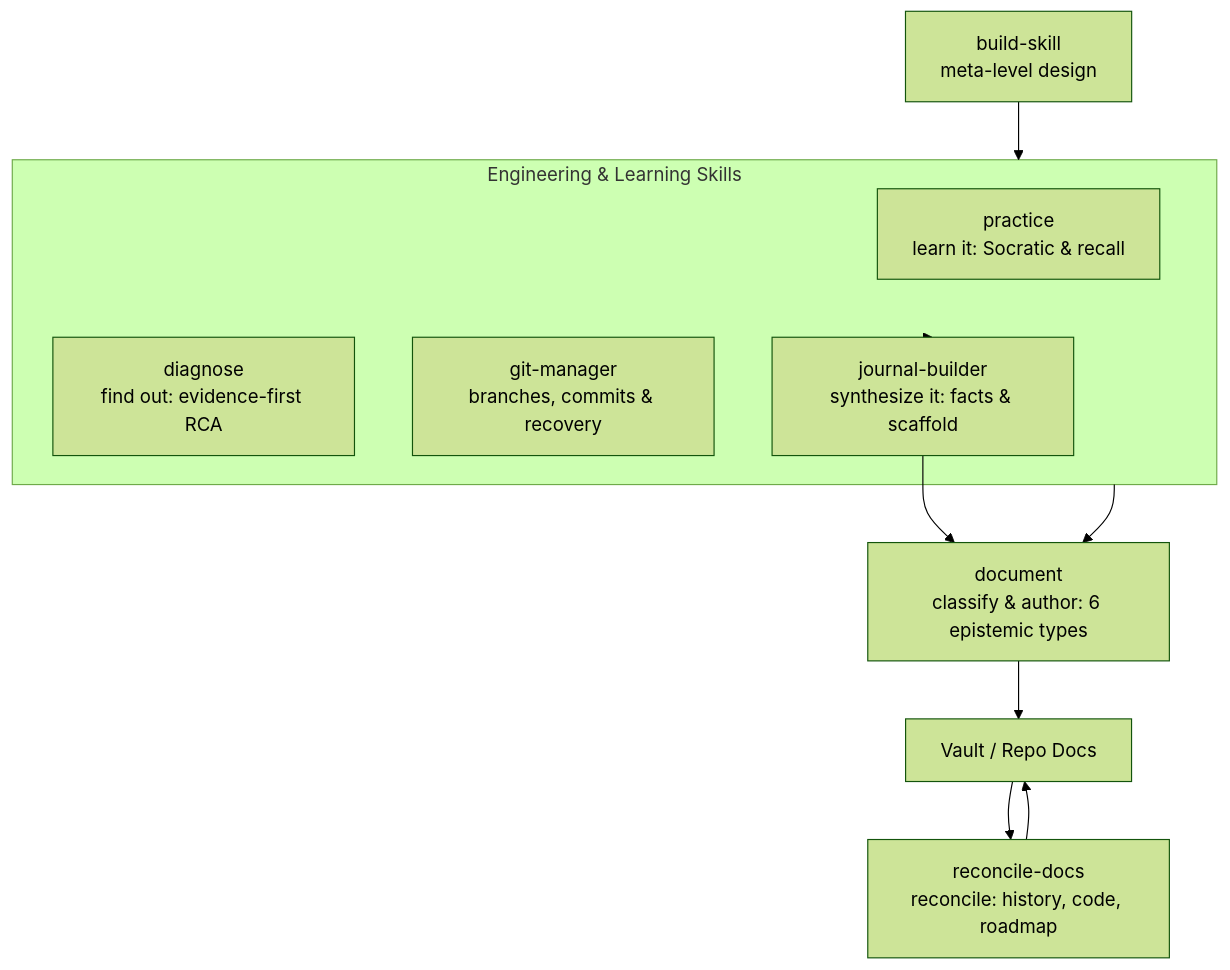
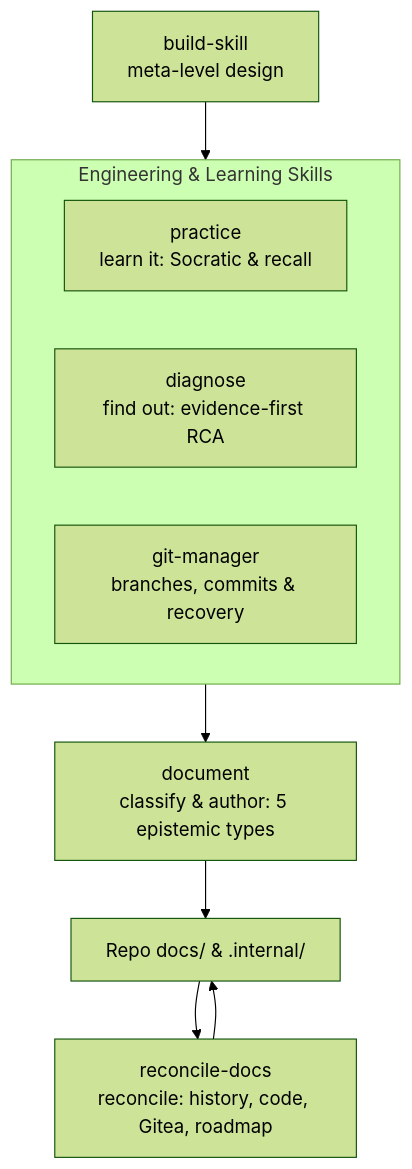
One commit to kiskaadee/skills changed the diagram in README.md. Above: the diagram before and after it, drawn with Mermaid (forest theme). The commit also changed other lines of this file and 18 other files, not shown here.

First line of the commit message:
refactor(document,practice,reconcile-docs): deprecate external vault and scope artifacts to repository

````diff
--- a/README.md
+++ b/README.md
@@ -39,21 +39,18 @@
 ```mermaid
 flowchart TD
     SB["build-skill<br/>meta-level design"]
     subgraph Core["Engineering & Learning Skills"]
         PRAC["practice<br/>learn it: Socratic & recall"]
         DIAG["diagnose<br/>find out: evidence-first RCA"]
         GIT["git-manager<br/>branches, commits & recovery"]
-        JB["journal-builder<br/>synthesize it: facts & scaffold"]
     end
-    DOC["document<br/>classify & author: 6 epistemic types"]
-    REC["reconcile-docs<br/>reconcile: history, code, roadmap"]
-    Storage["Vault / Repo Docs"]
+    DOC["document<br/>classify & author: 5 epistemic types"]
+    REC["reconcile-docs<br/>reconcile: history, code, Gitea, roadmap"]
+    Storage["Repo docs/ & .internal/"]
 
     SB --> Core
     Core --> DOC
-    Core --> JB
-    JB --> DOC
     DOC --> Storage
     Storage --> REC
     REC --> Storage
 ```
````
